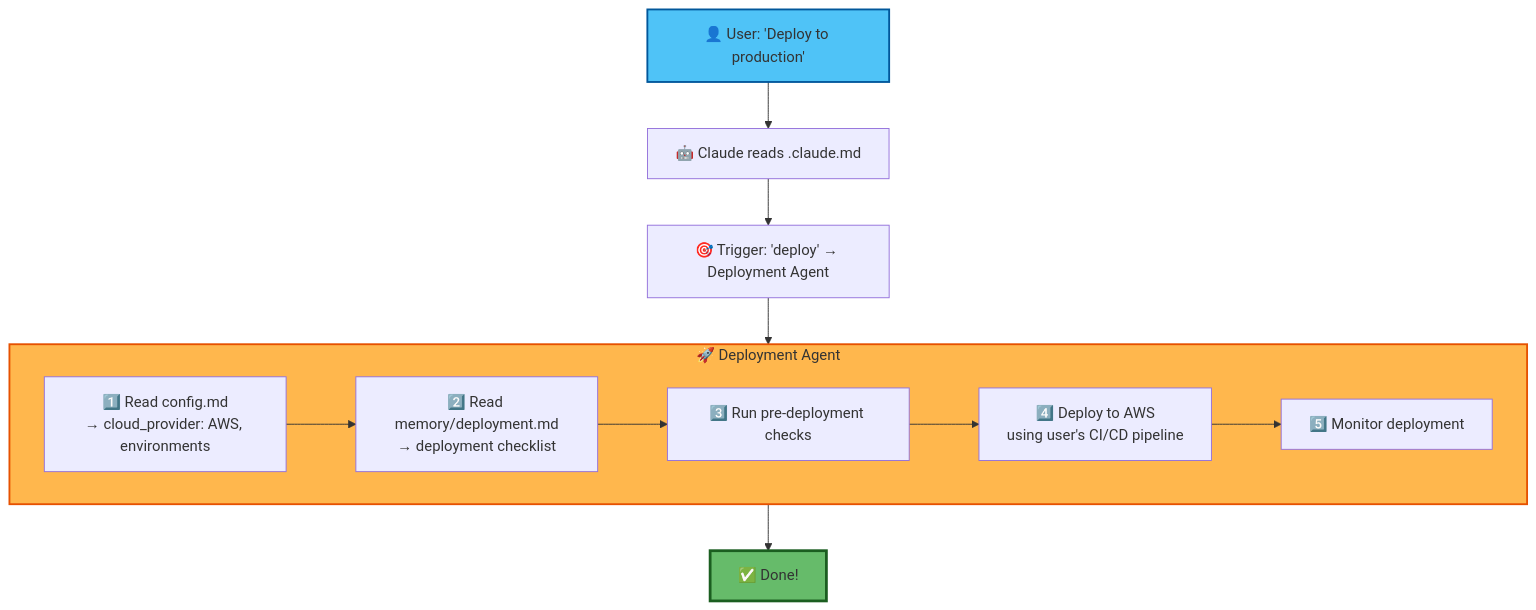
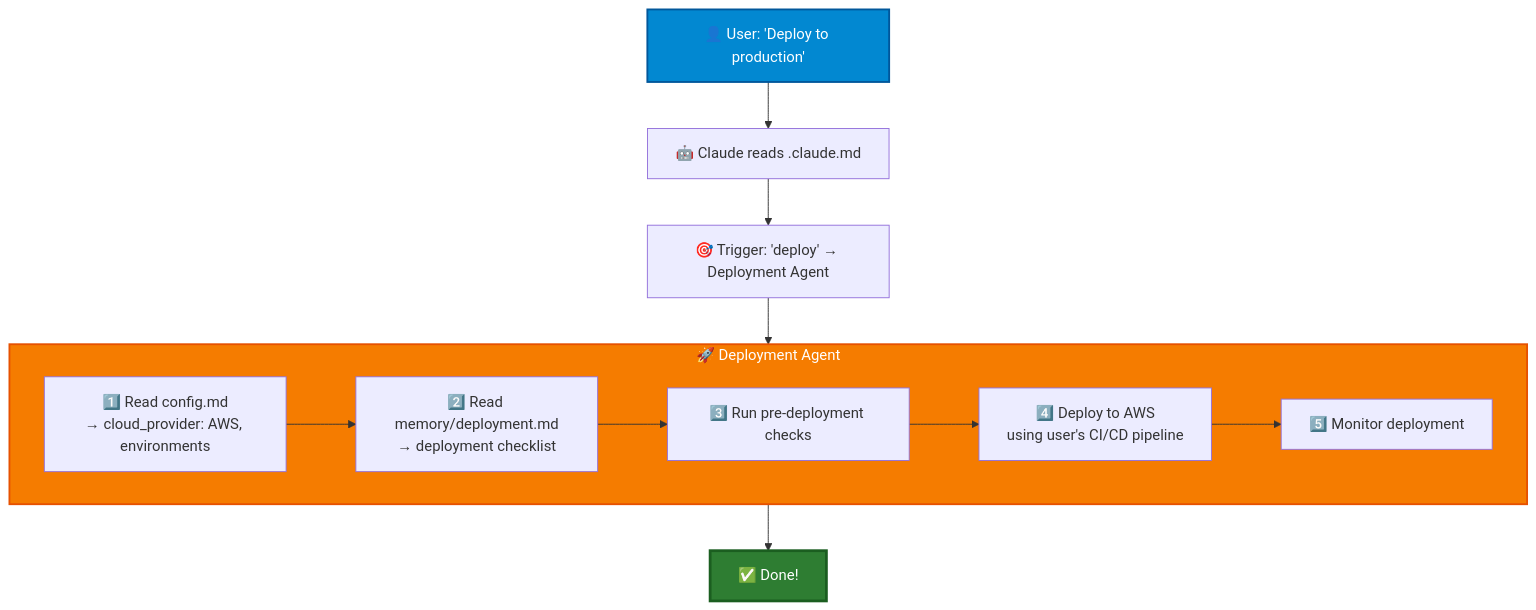
One commit to rhwendt/vaulty changed the sixth of 9 diagrams in INTERACTION-DIAGRAM.md. Above: the diagram before and after it, drawn with Mermaid. The commit also changed other lines of this file and 2 other files, not shown here.

````diff
--- a/INTERACTION-DIAGRAM.md
+++ b/INTERACTION-DIAGRAM.md
@@ -246,24 +246,24 @@
 ```mermaid
 flowchart TD
     User["👤 User: 'Deploy to production'"]
     Read["🤖 Claude reads .claude.md"]
     Trigger["🎯 Trigger: 'deploy' → Deployment Agent"]
 
     subgraph DeployAgent["🚀 Deployment Agent"]
         Step1["1️⃣ Read config.md<br/>→ cloud_provider: AWS, environments"]
         Step2["2️⃣ Read memory/deployment.md<br/>→ deployment checklist"]
         Step3["3️⃣ Run pre-deployment checks"]
         Step4["4️⃣ Deploy to AWS<br/>using user's CI/CD pipeline"]
         Step5["5️⃣ Monitor deployment"]
 
         Step1 --> Step2 --> Step3 --> Step4 --> Step5
     end
 
     Done["✅ Done!"]
 
     User --> Read --> Trigger --> DeployAgent --> Done
 
-    style User fill:#4fc3f7,stroke:#01579b,stroke-width:2px
-    style DeployAgent fill:#ffb74d,stroke:#e65100,stroke-width:2px
-    style Done fill:#66bb6a,stroke:#1b5e20,stroke-width:3px
+    style User fill:#0288d1,stroke:#01579b,color:#fff,stroke-width:2px
+    style DeployAgent fill:#f57c00,stroke:#e65100,color:#fff,stroke-width:2px
+    style Done fill:#2e7d32,stroke:#1b5e20,color:#fff,stroke-width:3px
 ```
````
